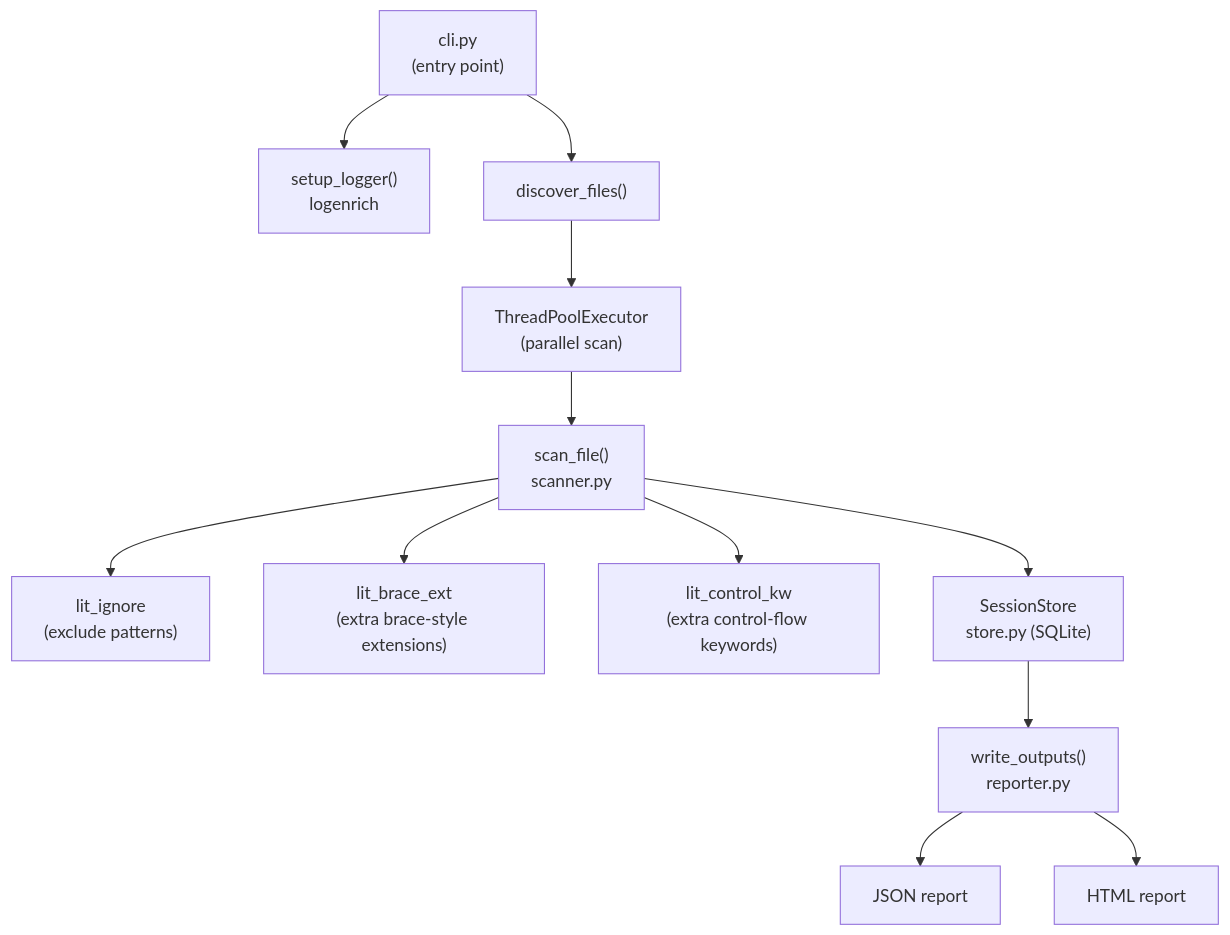
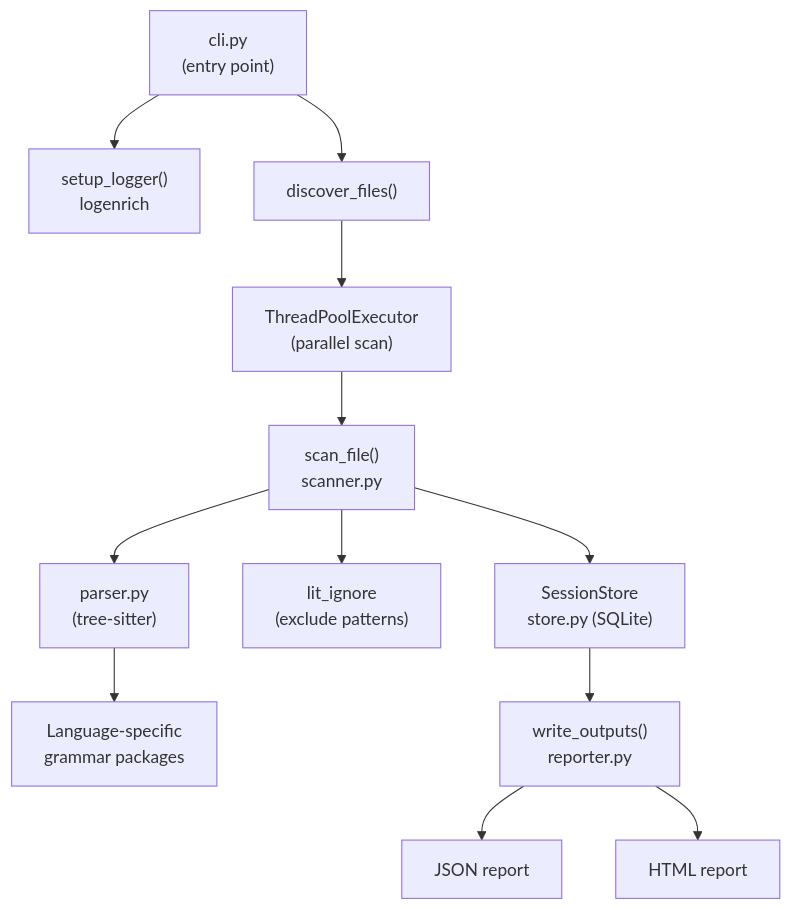
The diagram in README.md (rcw3bb/litscan), drawn with Mermaid before and after one commit. The commit also changed other lines of this file and 22 other files, not shown here.

First line of the commit message:
Refactor code structure for improved readability, maintainability, and tree-sitter usage. (#8)

````diff
--- a/README.md
+++ b/README.md
@@ -120,14 +123,14 @@
 ```mermaid
 flowchart TD
     CLI["cli.py\n(entry point)"] --> logenrich["setup_logger()\nlogenrich"]
     CLI --> discover["discover_files()"]
     discover --> concurrent["ThreadPoolExecutor\n(parallel scan)"]
     concurrent --> scan["scan_file()\nscanner.py"]
+    scan --> parser["parser.py\n(tree-sitter)"]
+    parser --> ts["Language-specific\ngrammar packages"]
     scan --> litignore["lit_ignore\n(exclude patterns)"]
-    scan --> litbraceext["lit_brace_ext\n(extra brace-style extensions)"]
-    scan --> litcontrolkw["lit_control_kw\n(extra control-flow keywords)"]
     scan --> store["SessionStore\nstore.py (SQLite)"]
     store --> report["write_outputs()\nreporter.py"]
     report --> JSON["JSON report"]
     report --> HTML["HTML report"]
 ```
````
